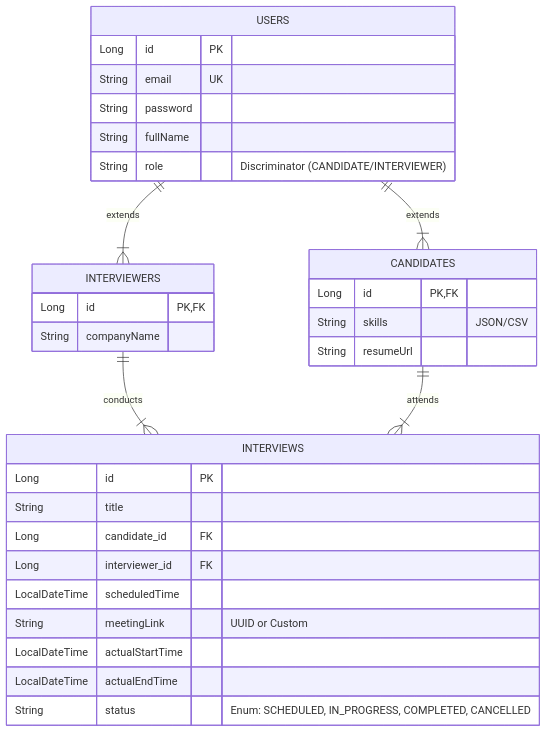
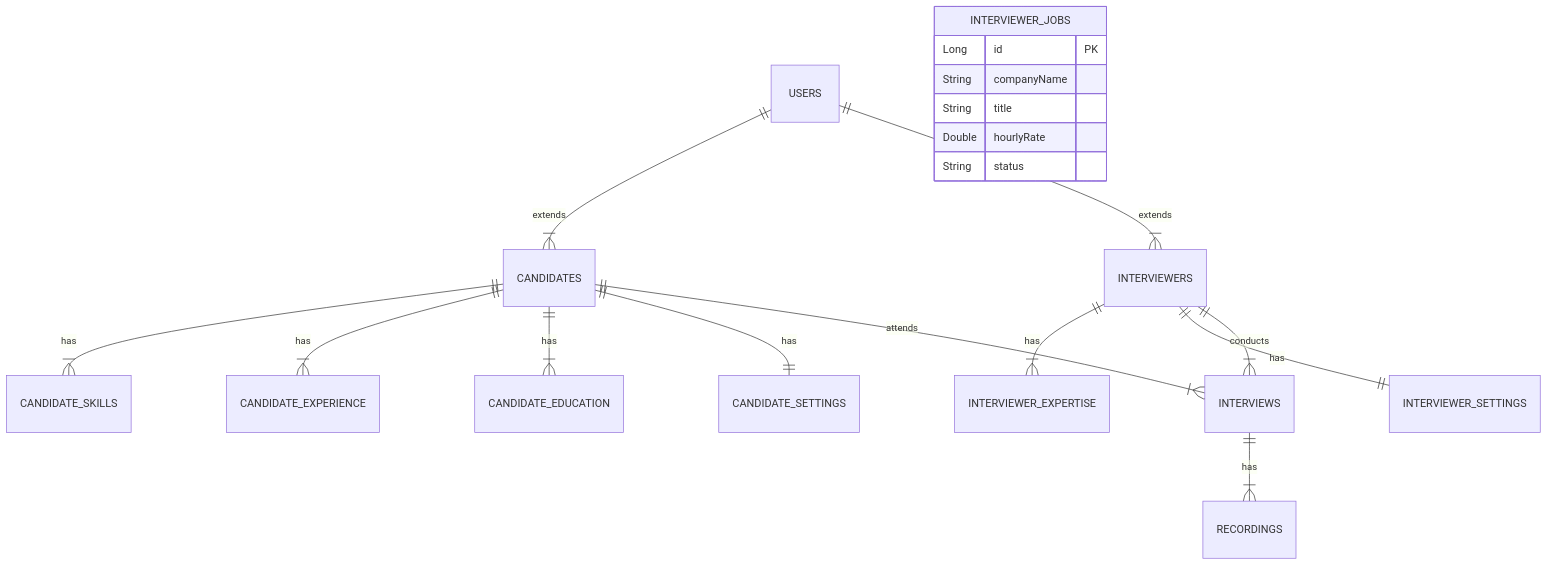
Before and after one commit to acsuthar2006-ctrl/Online-Tech-Hiring-Platform: the diagram in API_AND_DB_DESIGN.md, drawn with Mermaid. The commit also changed other lines of this file, not shown here.

````diff
--- a/API_AND_DB_DESIGN.md
+++ b/API_AND_DB_DESIGN.md
@@ -9,38 +9,25 @@
-```mermaid
-erDiagram
-    USERS ||--|{ CANDIDATES : extends
-    USERS ||--|{ INTERVIEWERS : extends
-    INTERVIEWERS ||--|{ INTERVIEWS : conducts
-    CANDIDATES ||--|{ INTERVIEWS : attends
-
-    USERS {
-        Long id PK
-        String email UK
-        String password
-        String fullName
-        String role "Discriminator (CANDIDATE/INTERVIEWER)"
-    }
-
-    CANDIDATES {
-        Long id PK, FK
-        String skills "JSON/CSV"
-        String resumeUrl
-    }
-
-    INTERVIEWERS {
-        Long id PK, FK
-        String companyName
-    }
-
-    INTERVIEWS {
-        Long id PK
-        String title
-        Long candidate_id FK
-        Long interviewer_id FK
-        LocalDateTime scheduledTime
-        String meetingLink "UUID or Custom"
-        LocalDateTime actualStartTime
-        LocalDateTime actualEndTime
-        String status "Enum: SCHEDULED, IN_PROGRESS, COMPLETED, CANCELLED"
-    }
-```
+ ```mermaid
+ erDiagram
+     USERS ||--|{ CANDIDATES : "extends"
+     USERS ||--|{ INTERVIEWERS : "extends"
+     
+     CANDIDATES ||--|{ CANDIDATE_SKILLS : "has"
+     CANDIDATES ||--|{ CANDIDATE_EXPERIENCE : "has"
+     CANDIDATES ||--|{ CANDIDATE_EDUCATION : "has"
+     CANDIDATES ||--|| CANDIDATE_SETTINGS : "has"
+     
+     INTERVIEWERS ||--|{ INTERVIEWER_EXPERTISE : "has"
+     INTERVIEWERS ||--|| INTERVIEWER_SETTINGS : "has"
+     
+     INTERVIEWERS ||--|{ INTERVIEWS : "conducts"
+     CANDIDATES ||--|{ INTERVIEWS : "attends"
+     INTERVIEWS ||--|{ RECORDINGS : "has"
+ 
+     INTERVIEWER_JOBS {
+         Long id PK
+         String companyName
+         String title
+         Double hourlyRate
+         String status
+     }
+ ```
````
